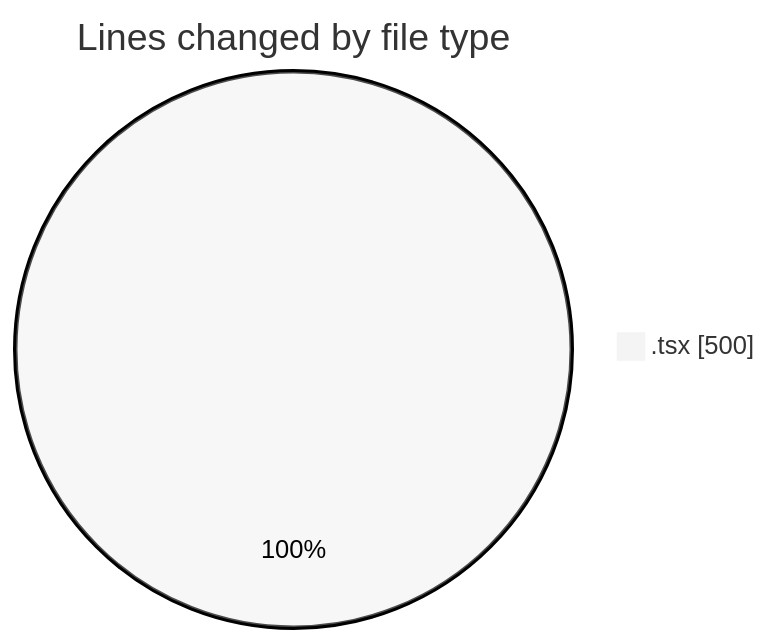
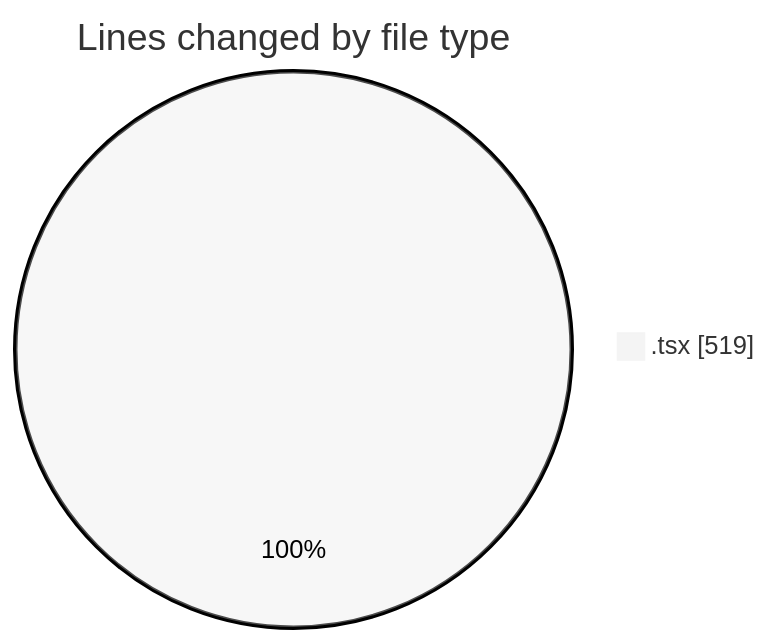
The first of 2 diagrams in 2025-03-12/termonied-web/README.md (robertbonfada/code-tracking), drawn with Mermaid (neutral theme) before and after one commit. The commit also changed other lines of this file and 1 other file, not shown here.

````diff
--- a/2025-03-12/termonied-web/README.md
+++ b/2025-03-12/termonied-web/README.md
@@ -21,5 +21,5 @@
 ```mermaid
 pie showData
 title Lines changed by file type
-".tsx" : 500
+".tsx" : 519
 ```
````
